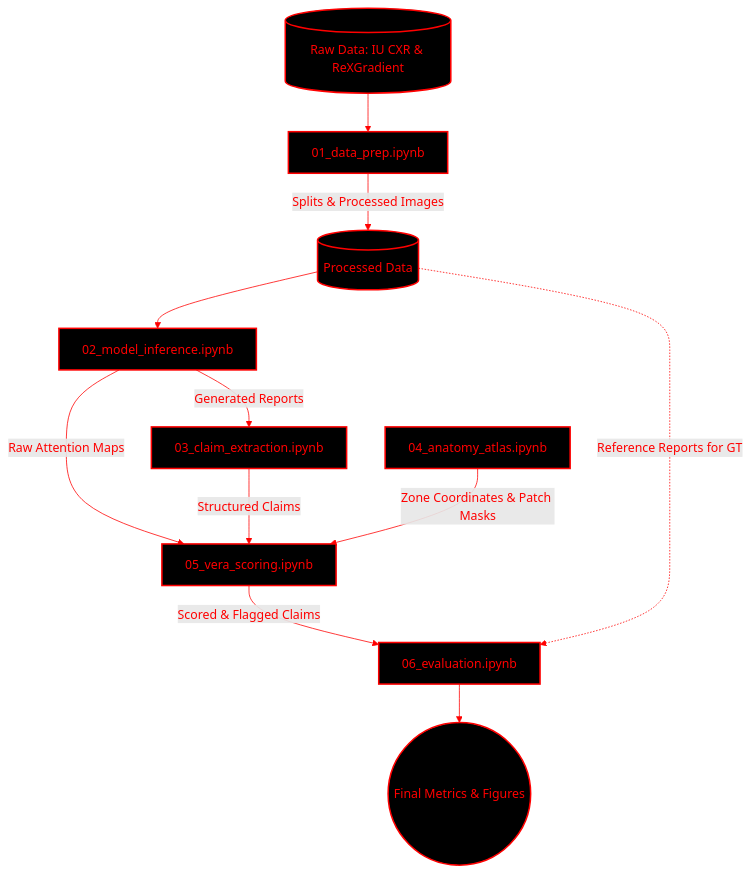
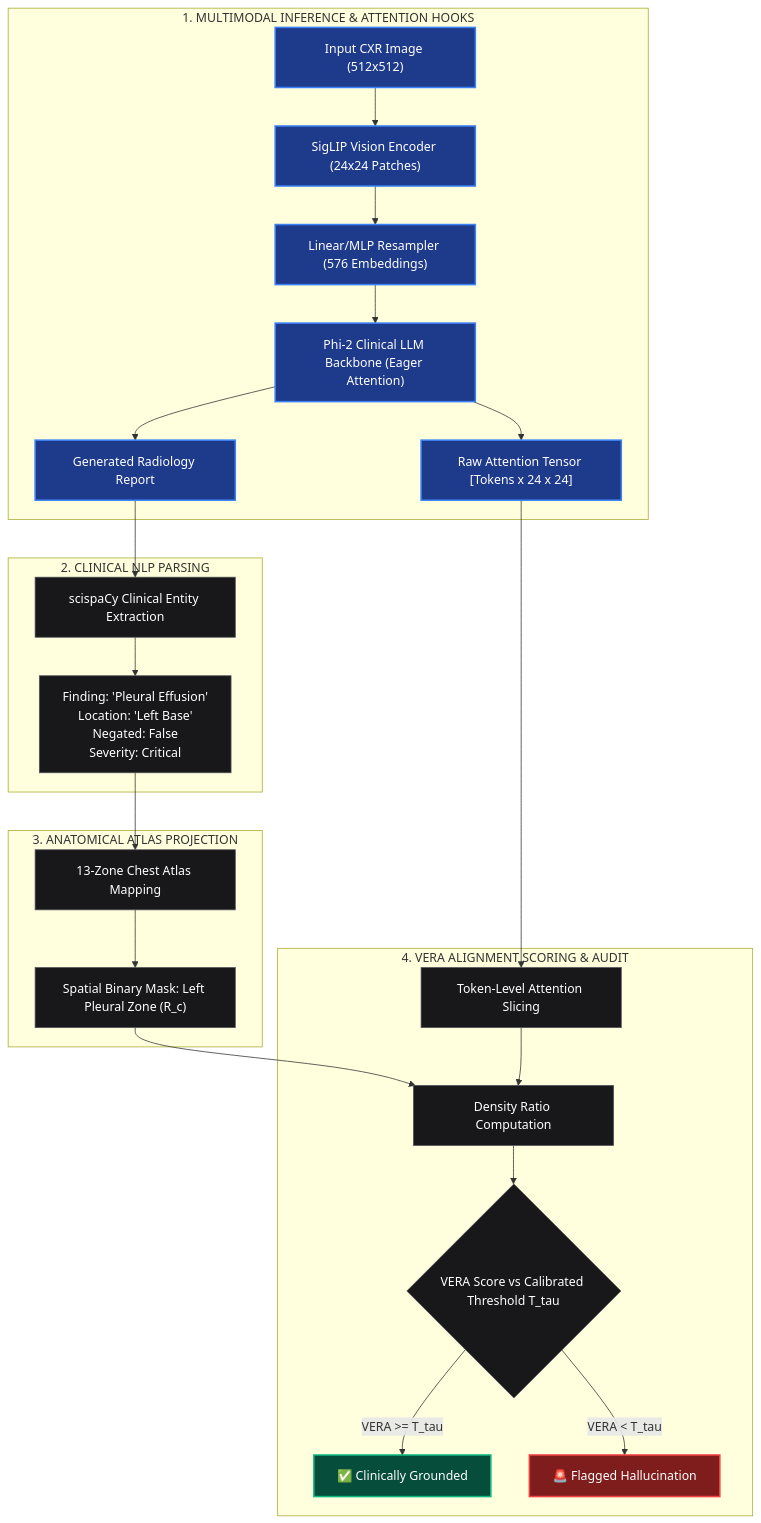
The diagram in README.md (4-thkind/VERA), drawn with Mermaid before and after one commit. The commit also changed other lines of this file, not shown here.

Commit message:
docs: revamp README layout, adding evaluation results and mathematical derivations

````diff
--- a/README.md
+++ b/README.md
@@ -97,24 +131,40 @@
 ```mermaid
-graph TD
-    A[(Raw Data: IU CXR & ReXGradient)] --> B[01_data_prep.ipynb]
-    B -->|Splits & Processed Images| C[(Processed Data)]
-    
-    C --> D[02_model_inference.ipynb]
-    D -->|Generated Reports| E[03_claim_extraction.ipynb]
-    D -->|Raw Attention Maps| G[05_vera_scoring.ipynb]
-    
-    E -->|Structured Claims| G
-    
-    F[04_anatomy_atlas.ipynb] -->|Zone Coordinates & Patch Masks| G
-    
-    G -->|Scored & Flagged Claims| H[06_evaluation.ipynb]
-    C -.->|Reference Reports for GT| H
-    H --> I((Final Metrics & Figures))
-    
-    classDef notebook fill:black,stroke:red,stroke-width:2px,color:red;
-    classDef data fill:black,stroke:red,stroke-width:2px,color:red;
-    linkStyle default stroke:red,color:red;
-    
-    class B,D,E,F,G,H notebook;
-    class A,C,I data;
+flowchart TD
+    subgraph S1["1. MULTIMODAL INFERENCE & ATTENTION HOOKS"]
+        A["Input CXR Image (512x512)"] --> B["SigLIP Vision Encoder (24x24 Patches)"]
+        B --> C["Linear/MLP Resampler (576 Embeddings)"]
+        C --> D["Phi-2 Clinical LLM Backbone (Eager Attention)"]
+        D --> E["Generated Radiology Report"]
+        D --> F["Raw Attention Tensor [Tokens x 24 x 24]"]
+    end
+
+    subgraph S2["2. CLINICAL NLP PARSING"]
+        E --> G["scispaCy Clinical Entity Extraction"]
+        G --> H["Finding: 'Pleural Effusion'<br/>Location: 'Left Base'<br/>Negated: False<br/>Severity: Critical"]
+    end
+
+    subgraph S3["3. ANATOMICAL ATLAS PROJECTION"]
+        H --> I["13-Zone Chest Atlas Mapping"]
+        I --> J["Spatial Binary Mask: Left Pleural Zone (R_c)"]
+    end
+
+    subgraph S4["4. VERA ALIGNMENT SCORING & AUDIT"]
+        F --> K["Token-Level Attention Slicing"]
+        J --> L["Density Ratio Computation"]
+        K --> L
+        L --> M{"VERA Score vs Calibrated Threshold T_tau"}
+        M -->|VERA >= T_tau| N["✅ Clinically Grounded"]
+        M -->|VERA < T_tau| O["🚨 Flagged Hallucination"]
+    end
+
+    classDef blue fill:#1e3a8a,stroke:#3b82f6,stroke-width:2px,color:#ffffff;
+    classDef green fill:#064e3b,stroke:#10b981,stroke-width:2px,color:#ffffff;
+    classDef red fill:#7f1d1d,stroke:#ef4444,stroke-width:2px,color:#ffffff;
+    classDef dark fill:#18181b,stroke:#52525b,stroke-width:1px,color:#ffffff;
+
+    class A,B,C,D,E,F blue;
+    class G,H,I,J dark;
+    class K,L,M dark;
+    class N green;
+    class O red;
 ```
````
